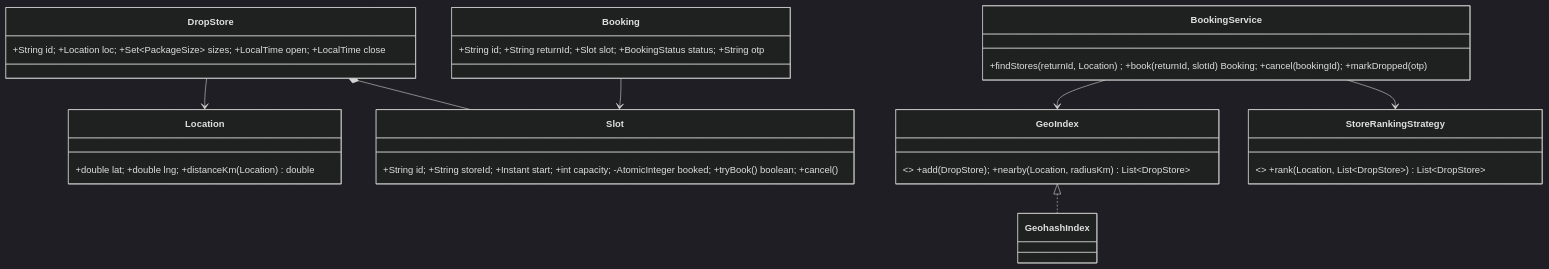
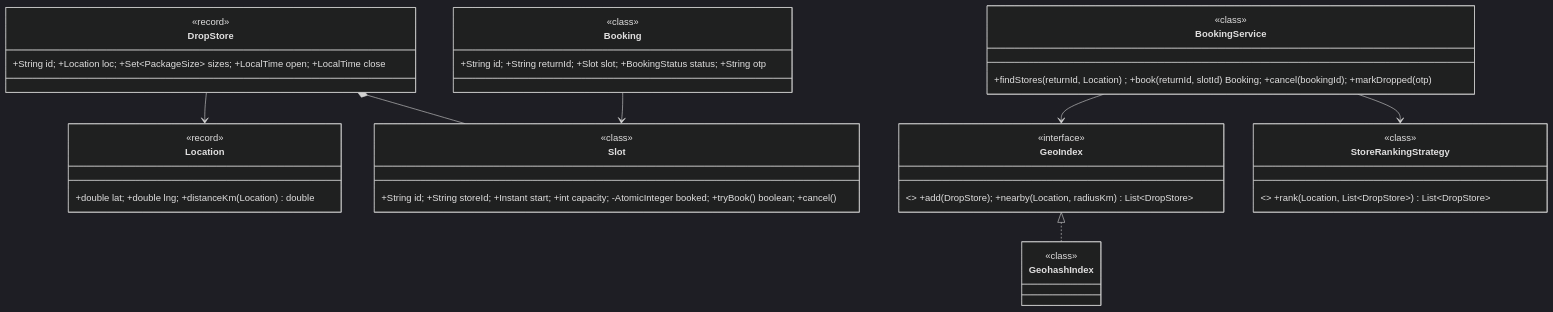
One commit to amarkum/amarkumar.guru changed the first of 2 diagrams in system-design/lld/06-return-drop-store.md. Above: the diagram before and after it, drawn with Mermaid (dark theme). The commit also changed 27 other files, not shown here.

Commit message:
Label every UML type as interface, enumeration, abstract, record or class, add missing enums, and colour-code them.

````diff
--- a/system-design/lld/06-return-drop-store.md
+++ b/system-design/lld/06-return-drop-store.md
@@ -38,17 +38,40 @@
 ```mermaid
 classDiagram
     class Location { +double lat; +double lng; +distanceKm(Location) double }
     class DropStore { +String id; +Location loc; +Set~PackageSize~ sizes; +LocalTime open; +LocalTime close }
     class Slot { +String id; +String storeId; +Instant start; +int capacity; -AtomicInteger booked; +tryBook() boolean; +cancel() }
     class Booking { +String id; +String returnId; +Slot slot; +BookingStatus status; +String otp }
     class GeoIndex { <<interface>> +add(DropStore); +nearby(Location, radiusKm) List~DropStore~ }
-    class GeohashIndex
+    class GeohashIndex {
+      <<class>>
+    }
     class StoreRankingStrategy { <<interface>> +rank(Location, List~DropStore~) List~DropStore~ }
     class BookingService { +findStores(returnId, Location) ; +book(returnId, slotId) Booking; +cancel(bookingId); +markDropped(otp) }
     GeoIndex <|.. GeohashIndex
     BookingService --> GeoIndex
     BookingService --> StoreRankingStrategy
     DropStore *-- Slot
     Booking --> Slot
     DropStore --> Location
+    class Booking {
+      <<class>>
+    }
+    class Slot {
+      <<class>>
+    }
+    class DropStore {
+      <<record>>
+    }
+    class BookingService {
+      <<class>>
+    }
+    class GeoIndex {
+      <<interface>>
+    }
+    class StoreRankingStrategy {
+      <<class>>
+    }
+    class Location {
+      <<record>>
+    }
 ```
````
